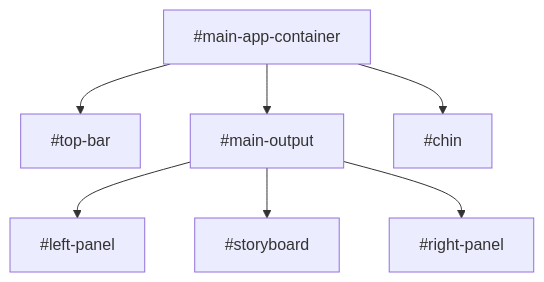
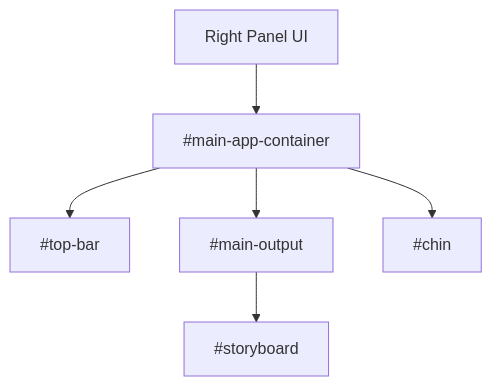
Before and after one commit to JooduG/RPGlitch: the diagram in docs/guides/perchance-framework-overview.md, drawn with Mermaid. The commit also changed other lines of this file and 6 other files, not shown here.

````diff
--- a/docs/guides/perchance-framework-overview.md
+++ b/docs/guides/perchance-framework-overview.md
@@ -38,9 +48,8 @@
 ```mermaid
 graph TD
-    A[#main-app-container] --> B[#top-bar];
-    A --> C[#main-output];
-    A --> D[#chin];
-    C --> E[#left-panel];
-    C --> F[#storyboard];
-    C --> G[#right-panel];
+    A[Right Panel UI] --> B[#main-app-container];
+    B --> C[#top-bar];
+    B --> D[#main-output];
+    B --> E[#chin];
+    D --> F[#storyboard];
 ```
````
